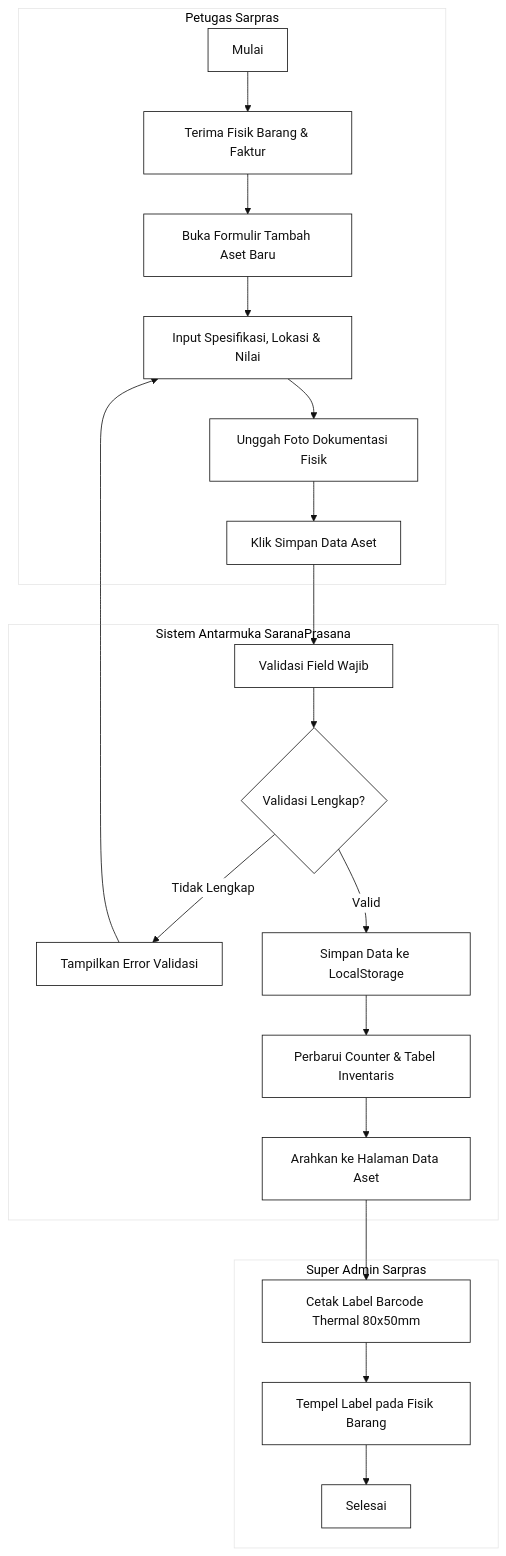
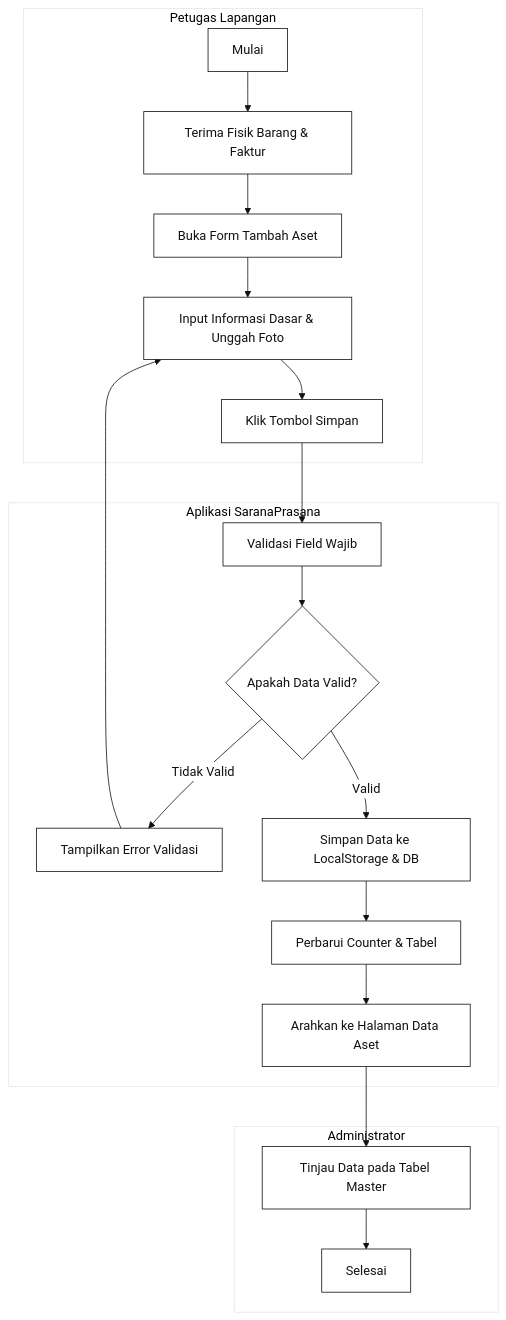
Before and after one commit to HeinrichRaxwell/Sarpras: the second of 4 diagrams in docs/perancangan.md, drawn with Mermaid. The commit also changed other lines of this file and 12 other files, not shown here.

````diff
--- a/docs/perancangan.md
+++ b/docs/perancangan.md
@@ -164,37 +137,34 @@
 ```mermaid
 %%{init: {'theme': 'base', 'themeVariables': { 'primaryColor': '#ffffff', 'primaryBorderColor': '#111111', 'primaryTextColor': '#111111', 'lineColor': '#111111', 'secondaryColor': '#ffffff', 'tertiaryColor': '#ffffff' }}}%%
 flowchart TD
-    subgraph Petugas["Petugas Sarpras"]
+    subgraph Petugas["Petugas Lapangan"]
         P1["Mulai"] --> P2["Terima Fisik Barang & Faktur"]
-        P2 --> P3["Buka Formulir Tambah Aset Baru"]
-        P3 --> P4["Input Spesifikasi, Lokasi & Nilai"]
-        P4 --> P5["Unggah Foto Dokumentasi Fisik"]
-        P5 --> P6["Klik Simpan Data Aset"]
+        P2 --> P3["Buka Form Tambah Aset"]
+        P3 --> P4["Input Informasi Dasar & Unggah Foto"]
+        P4 --> P5["Klik Tombol Simpan"]
     end
 
-    subgraph Sistem["Sistem Antarmuka SaranaPrasana"]
+    subgraph Sistem["Aplikasi SaranaPrasana"]
         S1["Validasi Field Wajib"]
-        S2{"Validasi Lengkap?"}
+        S2{"Apakah Data Valid?"}
         S3["Tampilkan Error Validasi"]
-        S4["Simpan Data ke LocalStorage"]
-        S5["Perbarui Counter & Tabel Inventaris"]
+        S4["Simpan Data ke LocalStorage & DB"]
+        S5["Perbarui Counter & Tabel"]
         S6["Arahkan ke Halaman Data Aset"]
     end
 
-    subgraph Admin["Super Admin Sarpras"]
-        A1["Cetak Label Barcode Thermal 80x50mm"]
-        A2["Tempel Label pada Fisik Barang"]
-        A3["Selesai"]
+    subgraph Admin["Administrator"]
+        A1["Tinjau Data pada Tabel Master"]
+        A2["Selesai"]
     end
 
-    P6 --> S1
+    P5 --> S1
     S1 --> S2
-    S2 -- "Tidak Lengkap" --> S3
+    S2 -- "Tidak Valid" --> S3
     S3 --> P4
     S2 -- "Valid" --> S4
     S4 --> S5
     S5 --> S6
     S6 --> A1
     A1 --> A2
-    A2 --> A3
 ```
````
